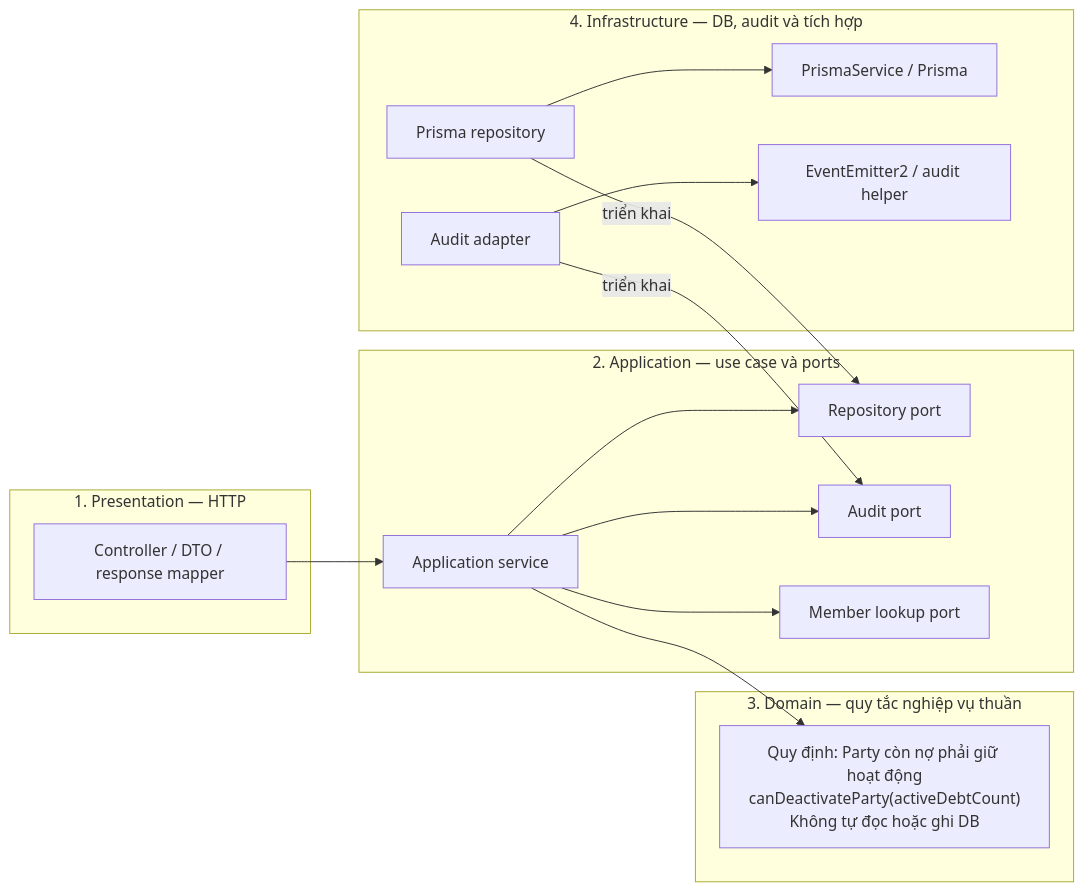
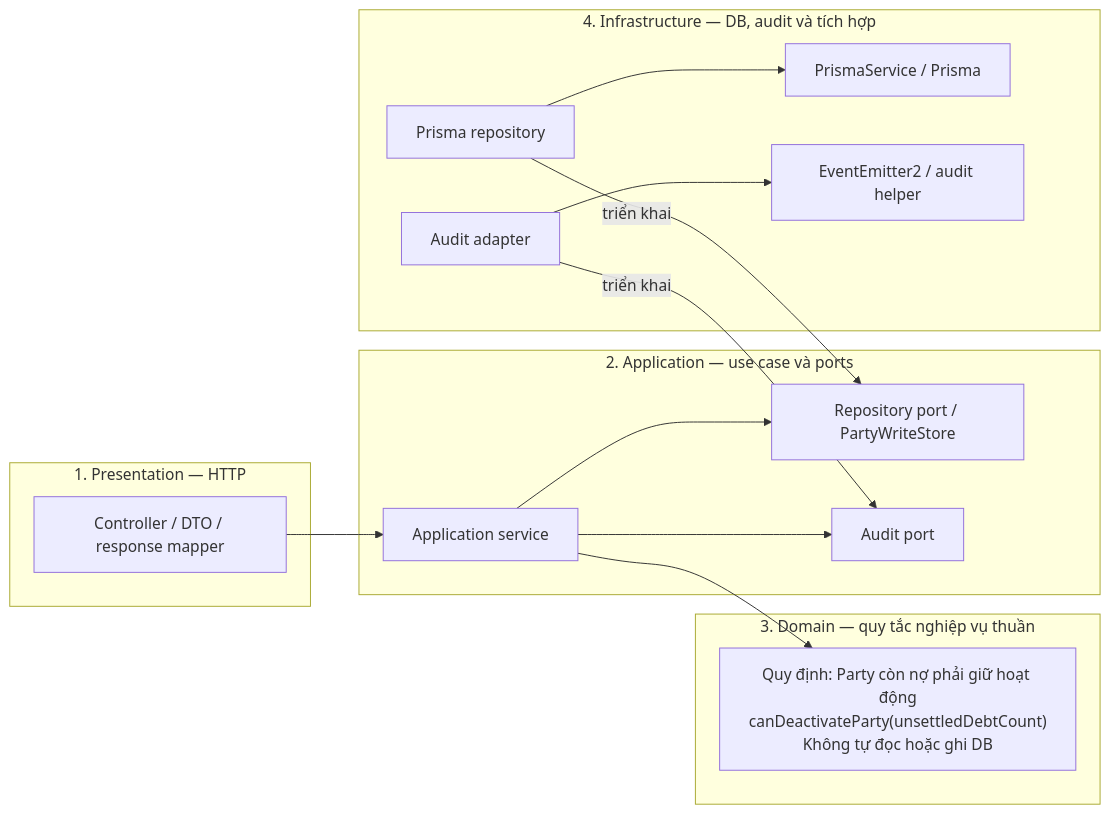
One commit to PhuongT1/debtflow-api changed the first of 2 diagrams in docs/getting-started/architecture/clean-architecture.md. Above: the diagram before and after it, drawn with Mermaid. The commit also changed other lines of this file and 248 other files, not shown here.

````diff
--- a/docs/getting-started/architecture/clean-architecture.md
+++ b/docs/getting-started/architecture/clean-architecture.md
@@ -289,30 +290,28 @@
 ```mermaid
 flowchart LR
   subgraph Presentation["1. Presentation — HTTP"]
     C["Controller / DTO / response mapper"]
   end
   subgraph Application["2. Application — use case và ports"]
     S["Application service"]
-    RP["Repository port"]
+    RP["Repository port / PartyWriteStore"]
     AP["Audit port"]
-    MP["Member lookup port"]
     S --> RP
     S --> AP
-    S --> MP
   end
   subgraph Domain["3. Domain — quy tắc nghiệp vụ thuần"]
-    D["Quy định: Party còn nợ phải giữ hoạt động<br/>canDeactivateParty(activeDebtCount)<br/>Không tự đọc hoặc ghi DB"]
+    D["Quy định: Party còn nợ phải giữ hoạt động<br/>canDeactivateParty(unsettledDebtCount)<br/>Không tự đọc hoặc ghi DB"]
   end
   subgraph Infrastructure["4. Infrastructure — DB, audit và tích hợp"]
     R["Prisma repository"]
     A["Audit adapter"]
     P["PrismaService / Prisma"]
     E["EventEmitter2 / audit helper"]
     R --> P
     A --> E
   end
   C --> S
   S --> D
   R -->|triển khai| RP
   A -->|triển khai| AP
 ```
````
